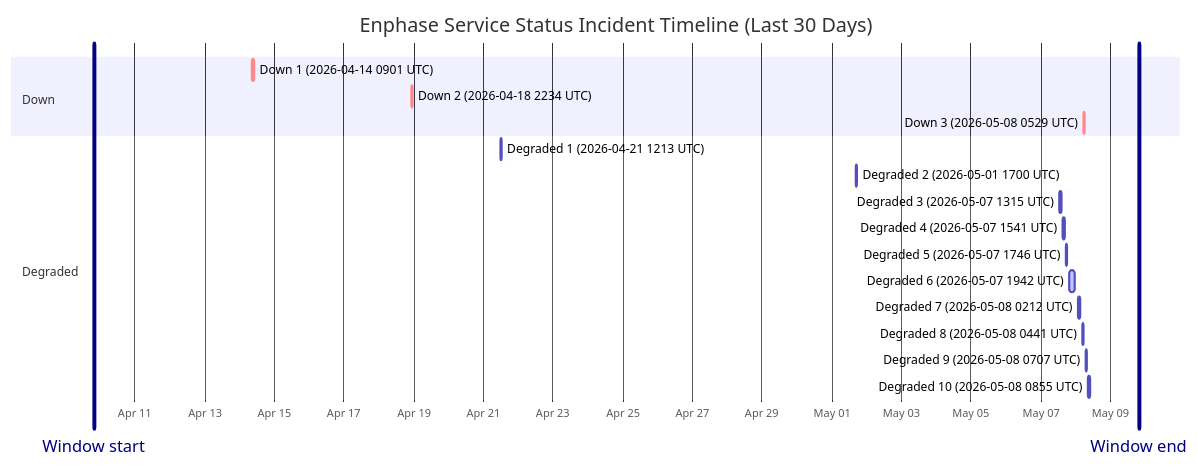
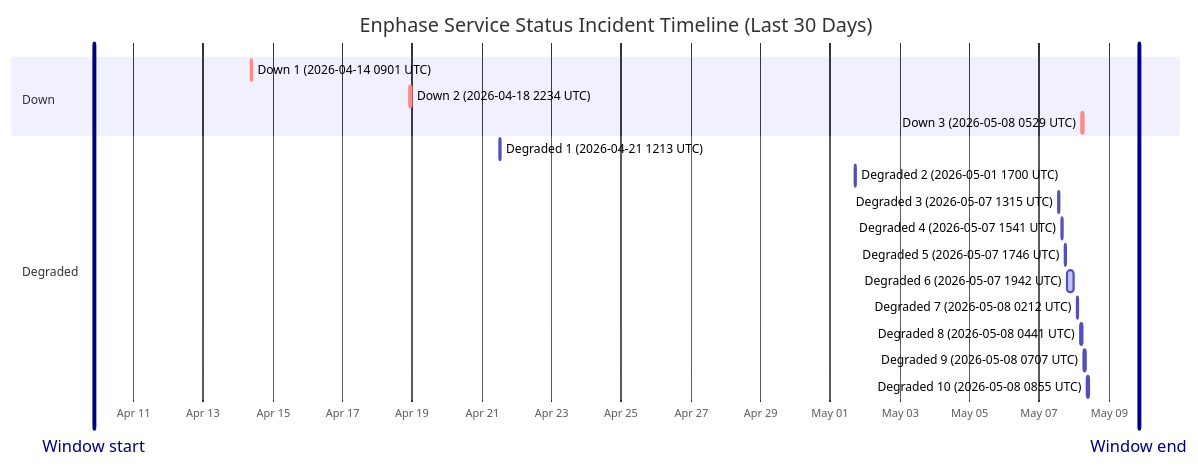
Before and after one commit to barneyonline/ha-enphase-ev-charger: the diagram in wiki/Service-Status-History.md, drawn with Mermaid. The commit also changed other lines of this file and 3 other files, not shown here.

````diff
--- a/wiki/Service-Status-History.md
+++ b/wiki/Service-Status-History.md
@@ -14,23 +14,23 @@
 ```mermaid
 gantt
     title Enphase Service Status Incident Timeline (Last 30 Days)
     dateFormat  YYYY-MM-DDTHH:mm:ss
     axisFormat  %b %d
-    Window start :vert, window-start, 2026-04-09T19:39:57, 0ms
-    Window end :vert, window-end, 2026-05-09T19:39:57, 0ms
+    Window start :vert, window-start, 2026-04-09T20:41:25, 0ms
+    Window end :vert, window-end, 2026-05-09T20:41:25, 0ms
     section Down
     Down 1 (2026-04-14 0901 UTC) :crit, down-1, 2026-04-14T09:01:13, 60m
     Down 2 (2026-04-18 2234 UTC) :crit, down-2, 2026-04-18T22:34:13, 60m
     Down 3 (2026-05-08 0529 UTC) :crit, down-3, 2026-05-08T05:29:47, 60m
     section Degraded
     Degraded 1 (2026-04-21 1213 UTC) :active, degraded-1, 2026-04-21T12:13:11, 60m
     Degraded 2 (2026-05-01 1700 UTC) :active, degraded-2, 2026-05-01T17:00:22, 60m
     Degraded 3 (2026-05-07 1315 UTC) :active, degraded-3, 2026-05-07T13:15:25, 60m
     Degraded 4 (2026-05-07 1541 UTC) :active, degraded-4, 2026-05-07T15:41:58, 60m
     Degraded 5 (2026-05-07 1746 UTC) :active, degraded-5, 2026-05-07T17:46:51, 60m
     Degraded 6 (2026-05-07 1942 UTC) :active, degraded-6, 2026-05-07T19:42:10, 249m
     Degraded 7 (2026-05-08 0212 UTC) :active, degraded-7, 2026-05-08T02:12:39, 60m
     Degraded 8 (2026-05-08 0441 UTC) :active, degraded-8, 2026-05-08T04:41:46, 60m
     Degraded 9 (2026-05-08 0707 UTC) :active, degraded-9, 2026-05-08T07:07:30, 60m
     Degraded 10 (2026-05-08 0855 UTC) :active, degraded-10, 2026-05-08T08:55:20, 88m
 ```
````
